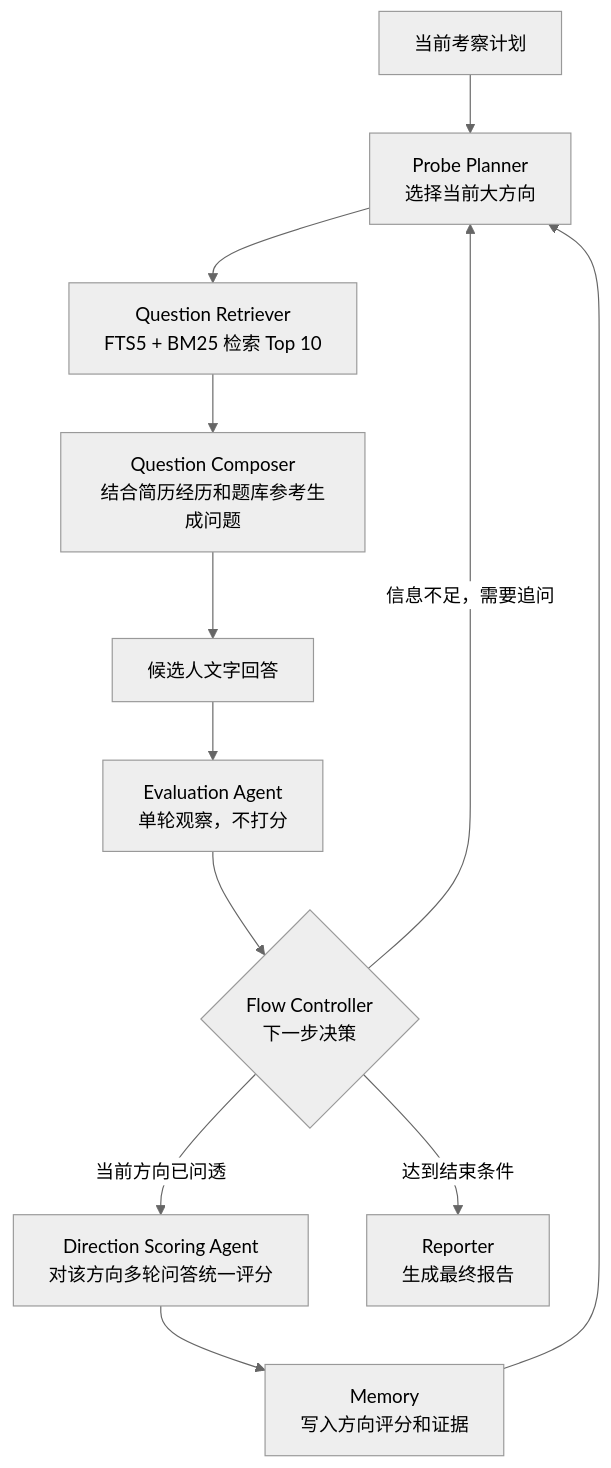
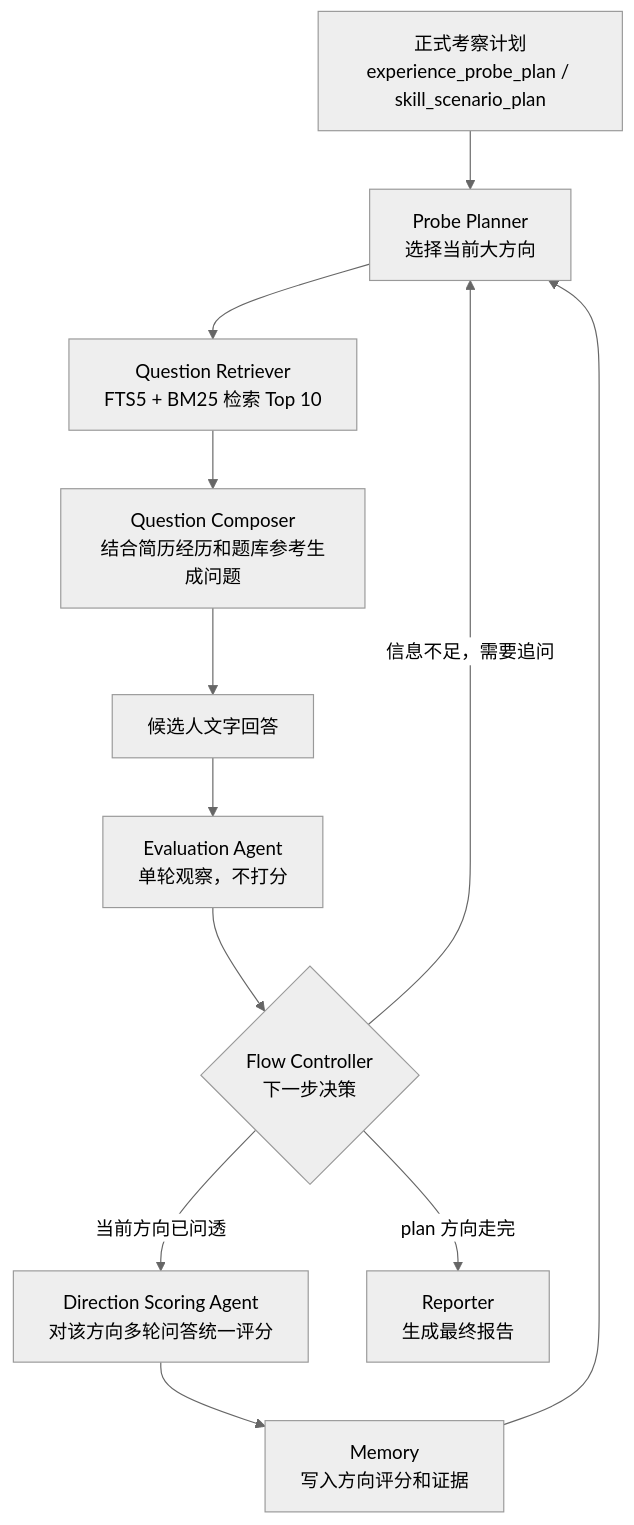
Before and after one commit to dwyyyyy/ai-interviewer: the second of 3 diagrams in README.md, drawn with Mermaid (neutral theme). The commit also changed other lines of this file, not shown here.

Commit message:
Document architecture prompts and challenges

````diff
--- a/README.md
+++ b/README.md
@@ -174,19 +178,19 @@
 ```mermaid
 flowchart TD
-    A["当前考察计划"] --> B["Probe Planner<br/>选择当前大方向"]
+    A["正式考察计划<br/>experience_probe_plan / skill_scenario_plan"] --> B["Probe Planner<br/>选择当前大方向"]
 
     B --> C["Question Retriever<br/>FTS5 + BM25 检索 Top 10"]
     C --> D["Question Composer<br/>结合简历经历和题库参考生成问题"]
 
     D --> E["候选人文字回答"]
     E --> F["Evaluation Agent<br/>单轮观察，不打分"]
 
     F --> G{"Flow Controller<br/>下一步决策"}
 
     G -- "信息不足，需要追问" --> B
     G -- "当前方向已问透" --> H["Direction Scoring Agent<br/>对该方向多轮问答统一评分"]
     H --> I["Memory<br/>写入方向评分和证据"]
     I --> B
 
-    G -- "达到结束条件" --> J["Reporter<br/>生成最终报告"]
+    G -- "plan 方向走完" --> J["Reporter<br/>生成最终报告"]
 ```
````
